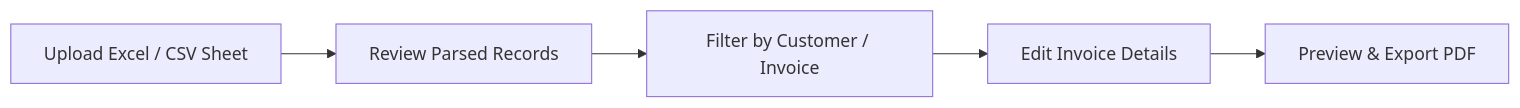
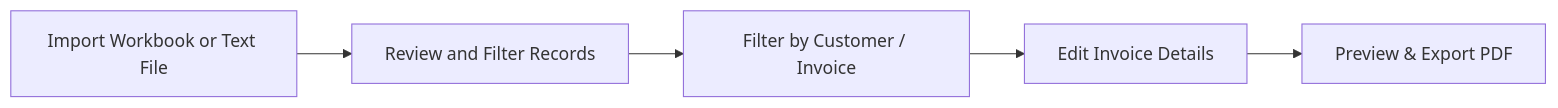
Before and after one commit to sem1colon/Billr: the diagram in README.md, drawn with Mermaid. The commit also changed other lines of this file and 23 other files, not shown here.

````diff
--- a/README.md
+++ b/README.md
@@ -51,7 +51,7 @@
 ```mermaid
 flowchart LR
-    A[Upload Excel / CSV Sheet] --> B[Review Parsed Records]
+    A[Import Workbook or Text File] --> B[Review and Filter Records]
     B --> C[Filter by Customer / Invoice]
     C --> D[Edit Invoice Details]
     D --> E[Preview & Export PDF]
 ```
````
